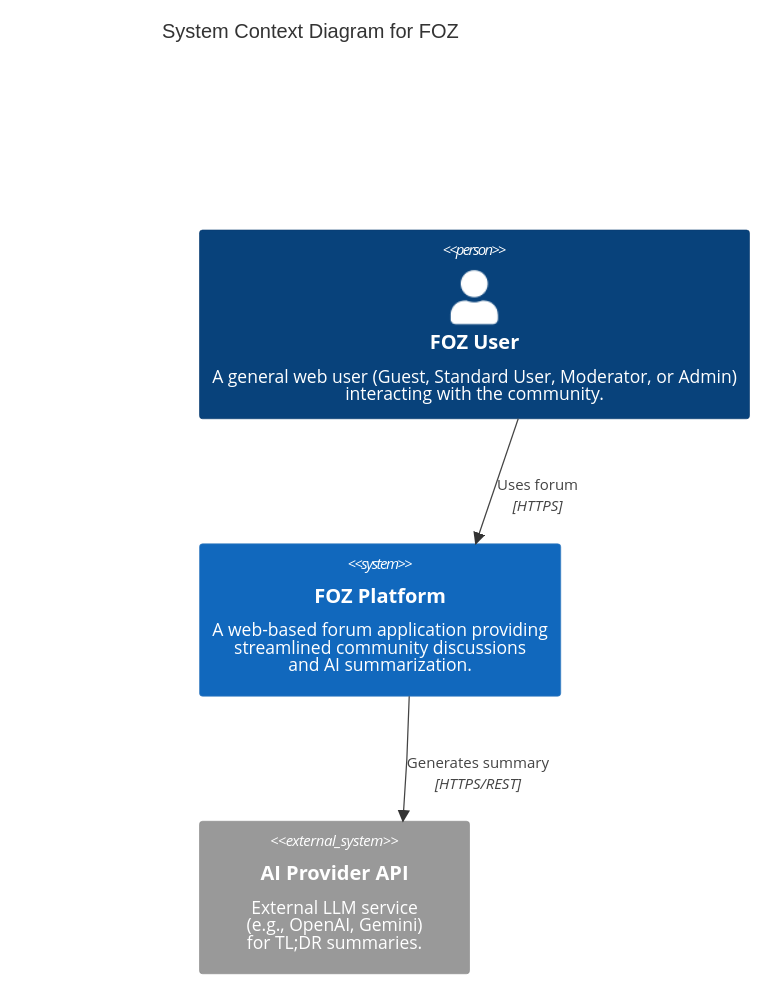
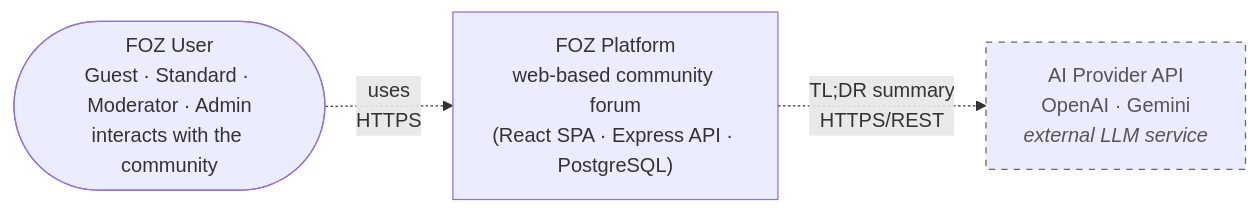
Before and after one commit to anvn12/FOZ: the first of 5 diagrams in docs/01 - PA/PA4-Group06/PA4.md, drawn with Mermaid. The commit also changed other lines of this file and 1 other file, not shown here.

Commit message:
docs: pa4 - c split backend diagram into 2 for better visualization and change all c4 diagram syntax to flowchart for better visualization

````diff
--- a/docs/01 - PA/PA4-Group06/PA4.md
+++ b/docs/01 - PA/PA4-Group06/PA4.md
@@ -83,15 +84,12 @@
 ```mermaid
-C4Context
-    title System Context Diagram for FOZ
+flowchart LR
+    User(["FOZ User<br/>Guest · Standard · Moderator · Admin<br/>interacts with the community"])
+    FOZ["FOZ Platform<br/>web-based community forum<br/>(React SPA · Express API · PostgreSQL)"]
+    AI["AI Provider API<br/>OpenAI · Gemini<br/><i>external LLM service</i>"]
 
-    Person(user, "FOZ User", "A general web user (Guest, Standard User, Moderator, or Admin)<br/>interacting with the community.<br/>")
-    
-    System(foz, "FOZ Platform", "A web-based forum application providing<br/>streamlined community discussions<br/>and AI summarization.")
-    
-    System_Ext(ai_api, "AI Provider API", "External LLM service<br/>(e.g., OpenAI, Gemini)<br/>for TL;DR summaries.")
+    User -. "uses<br/>HTTPS" .-> FOZ
+    FOZ -. "TL;DR summary<br/>HTTPS/REST" .-> AI
 
-    Rel_D(user, foz, "Uses forum", "HTTPS")
-    Rel_D(foz, ai_api, "Generates summary", "HTTPS/REST")
-
-    UpdateLayoutConfig($c4ShapeInRow="1", $c4BoundaryInRow="1")
+    classDef external stroke:#666,stroke-dasharray:5 5,color:#555
+    class AI external
 ```
````
